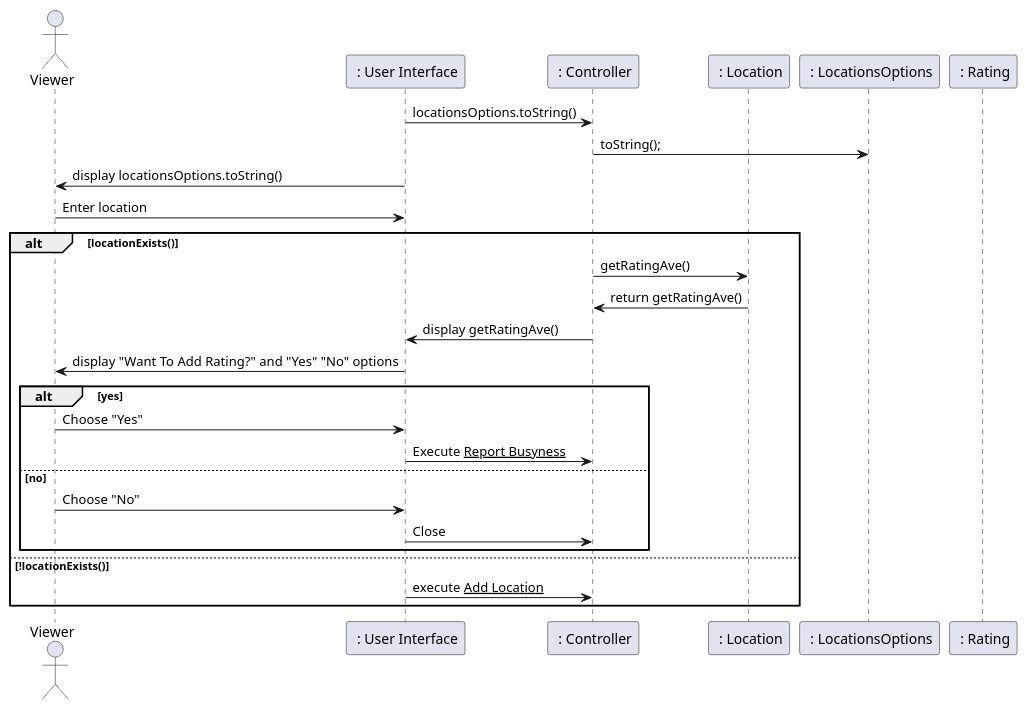
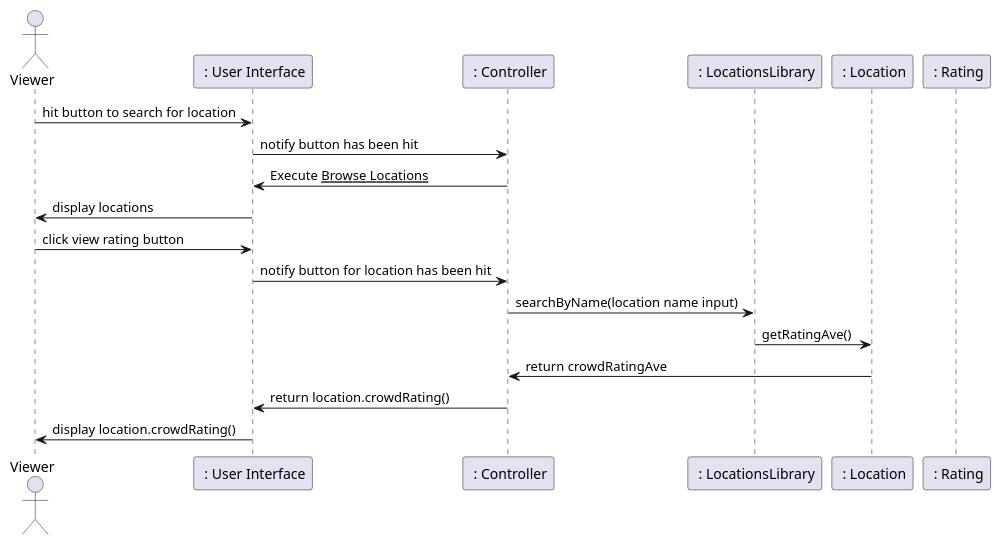
One commit to manoushpajouh/Vassar-Crowdmeter changed the sixth of 6 diagrams in intellij/documentation/design.md. Above: the diagram before and after it, drawn with PlantUML. The commit also changed other lines of this file and 32 other files, not shown here.

Commit message:
updating the readme document and the design document to include new changes graphically

````diff
--- a/intellij/documentation/design.md
+++ b/intellij/documentation/design.md
@@ -203,36 +227,26 @@
 ```plantuml
 @startuml
 actor Viewer as viewer 
 participant " : User Interface" as ui
 participant " : Controller" as controller
+participant " : LocationsLibrary" as lib 
 participant " : Location" as location 
-participant " : LocationsOptions" as locOps 
 participant " : Rating" as ratings 
 
-ui -> controller : locationsOptions.toString()
-controller -> locOps :  toString();
-ui -> viewer : display locationsOptions.toString()
+viewer -> ui : hit button to search for location 
+ui -> controller : notify button has been hit 
+controller -> ui : Execute __Browse Locations__
+ui -> viewer : display locations 
+viewer -> ui : click view rating button 
+ui -> controller : notify button for location has been hit
 
-viewer -> ui : Enter location
+controller -> lib : searchByName(location name input)
+lib -> location : getRatingAve()
+location -> controller : return crowdRatingAve
 
-    alt locationExists() 
-    controller -> location: getRatingAve()
-    location -> controller : return getRatingAve()
-    controller -> ui : display getRatingAve()
-    ui -> viewer : display "Want To Add Rating?" and "Yes" "No" options
-        alt yes
-        viewer -> ui : Choose "Yes"
-        ui -> controller : Execute __Report Busyness__
-        
-        else no 
-        viewer -> ui : Choose "No" 
-        ui -> controller : Close  
-        end
-    
-    else !locationExists()
-    ui -> controller: execute __Add Location__
 
-end
+controller -> ui : return location.crowdRating()
+ui -> viewer : display location.crowdRating()
 
 @enduml
 ```
````
